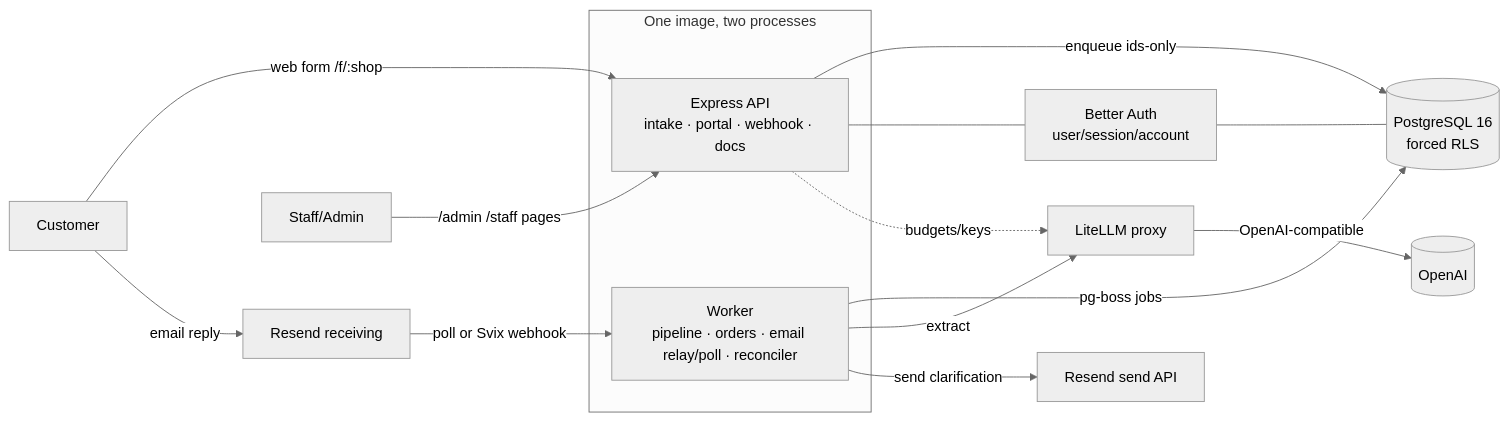
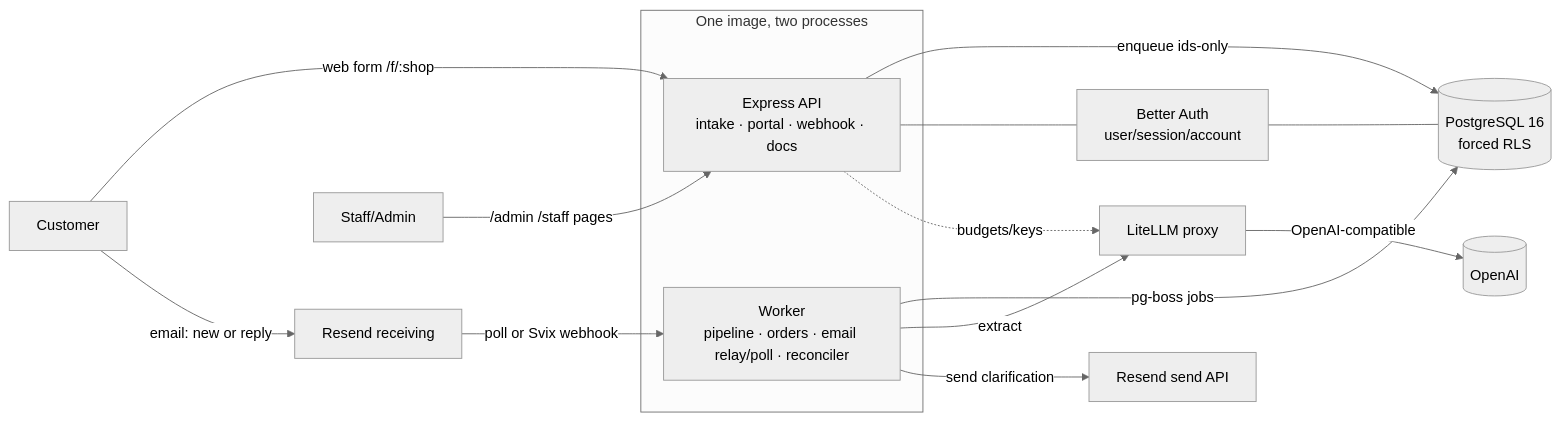
The diagram in docs/architecture.md (sandeepsaynow/riverbend), drawn with Mermaid (neutral theme) before and after one commit. The commit also changed other lines of this file and 25 other files, not shown here.

````diff
--- a/docs/architecture.md
+++ b/docs/architecture.md
@@ -11,18 +11,18 @@
 ```mermaid
 flowchart LR
   Cust[Customer] -->|web form /f/:shop| API
-  Cust -->|email reply| ResendIn[Resend receiving]
+  Cust -->|email: new or reply| ResendIn[Resend receiving]
   Staff[Staff/Admin] -->|/admin /staff pages| API
   subgraph App[One image, two processes]
     API[Express API<br/>intake · portal · webhook · docs]
     WK[Worker<br/>pipeline · orders · email relay/poll · reconciler]
   end
   API -->|enqueue ids-only| PG[(PostgreSQL 16<br/>forced RLS)]
   WK -->|pg-boss jobs| PG
   API --- BA[Better Auth<br/>user/session/account]
   BA --- PG
   WK -->|extract| LLM[LiteLLM proxy] -->|OpenAI-compatible| OpenAI[(OpenAI)]
   WK -->|send clarification| ResendOut[Resend send API]
   ResendIn -->|poll or Svix webhook| WK
   API -.->|budgets/keys| LLM
 ```
````
